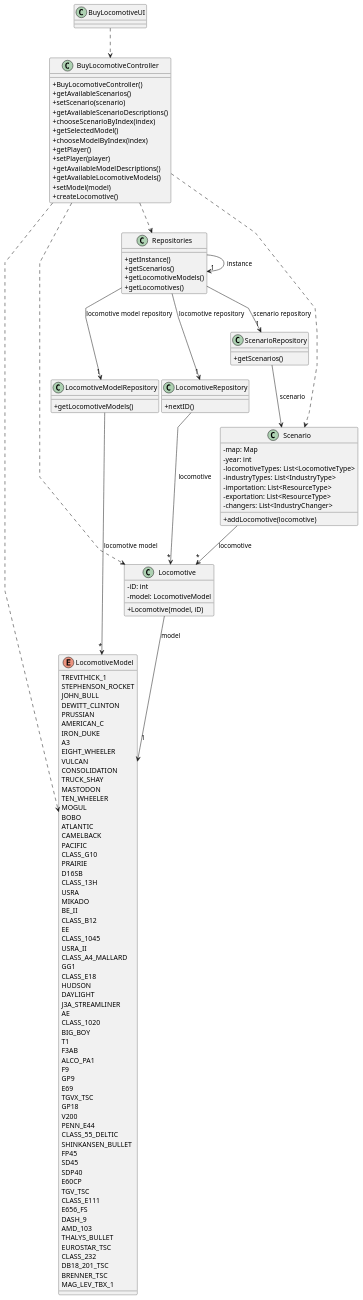
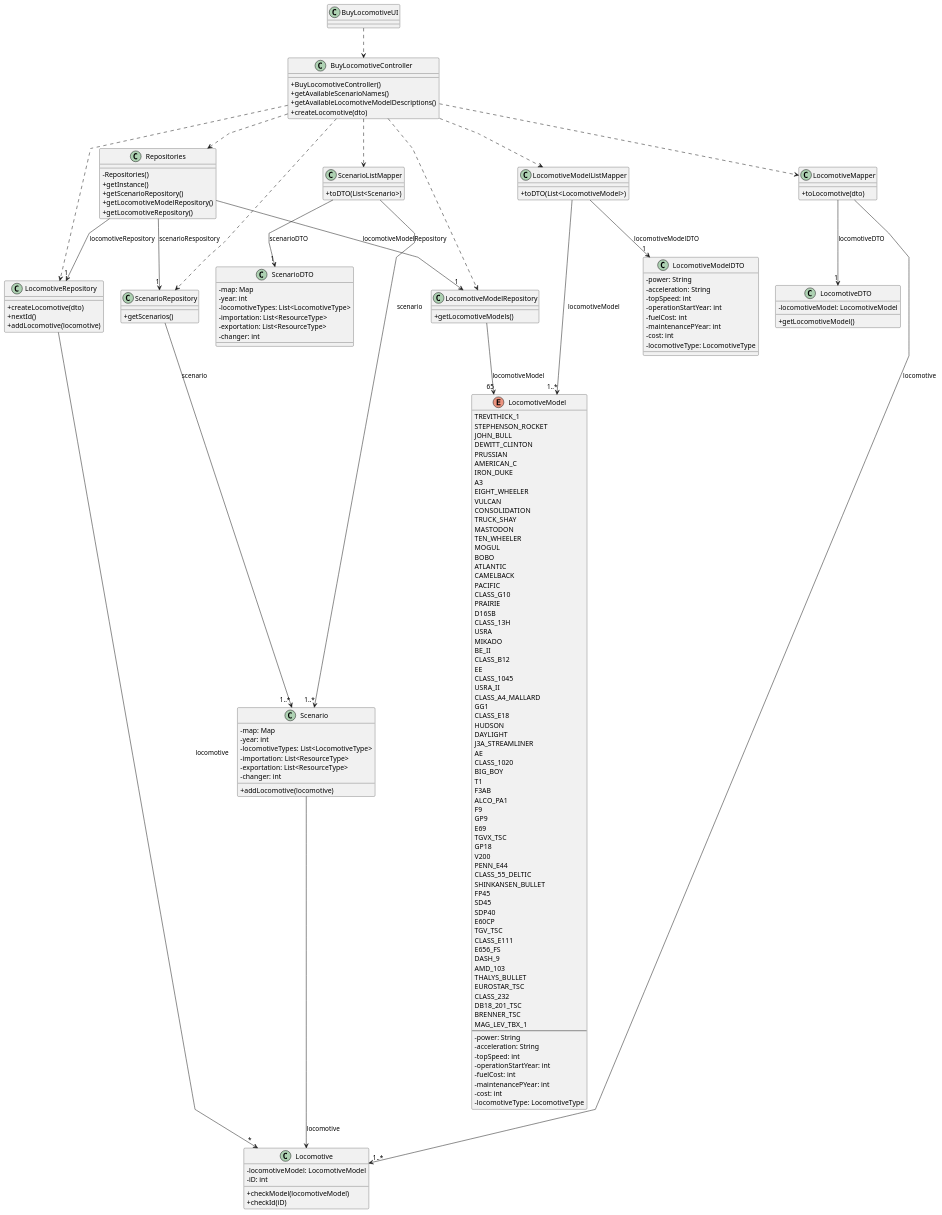
One commit to 1240935/pi2-railway-simulator changed the diagram in Sprint3/US009/03.design/puml/US009-CD.puml. Above: the diagram before and after it, drawn with PlantUML. The commit also changed 3 other files, not shown here.

```diff
--- a/Sprint3/US009/03.design/puml/US009-CD.puml
+++ b/Sprint3/US009/03.design/puml/US009-CD.puml
@@ -1,155 +1,200 @@
 @startuml
 'skinparam monochrome true
 skinparam packageStyle rectangle
 skinparam shadowing false
 skinparam linetype polyline
 'skinparam linetype orto
 
 skinparam classAttributeIconSize 0
 
 'left to right direction
 
-class BuyLocomotiveUI{
-}
-
+class BuyLocomotiveUI
 class BuyLocomotiveController {
-  + BuyLocomotiveController()
-  + getAvailableScenarios()
-  + setScenario(scenario)
-  + getAvailableScenarioDescriptions()
-  + chooseScenarioByIndex(index)
-  + getSelectedModel()
-  + chooseModelByIndex(index)
-  + getPlayer()
-  + setPlayer(player)
-  + getAvailableModelDescriptions()
-  + getAvailableLocomotiveModels()
-  + setModel(model)
-  + createLocomotive()
+    +BuyLocomotiveController()
+    +getAvailableScenarioNames()
+    +getAvailableLocomotiveModelDescriptions()
+    +createLocomotive(dto)
 }
 
 class Repositories {
-  + getInstance()
-  + getScenarios()
-  + getLocomotiveModels()
-  + getLocomotives()
+    -Repositories()
+    +getInstance()
+    +getScenarioRepository()
+    +getLocomotiveModelRepository()
+    +getLocomotiveRepository()
 }
 
 class ScenarioRepository {
-  + getScenarios()
+    +getScenarios()
 }
 
 class LocomotiveModelRepository {
-  + getLocomotiveModels()
+    +getLocomotiveModels()
 }
 
 class LocomotiveRepository {
-  + nextID()
+    +createLocomotive(dto)
+    +nextId()
+    +addLocomotive(locomotive)
 }
 
 class Scenario {
-       -map: Map
-       -year: int
-       -locomotiveTypes: List<LocomotiveType>
-       -industryTypes: List<IndustryType>
-       -importation: List<ResourceType>
-       -exportation: List<ResourceType>
-       -changers: List<IndustryChanger>
-       +addLocomotive(locomotive)
- }
+    - map: Map
+        - year: int
+        - locomotiveTypes: List<LocomotiveType>
+        - importation: List<ResourceType>
+        - exportation: List<ResourceType>
+        - changer: int
+    +addLocomotive(locomotive)
+}
 
 enum LocomotiveModel{
-    TREVITHICK_1
-    STEPHENSON_ROCKET
-    JOHN_BULL
-    DEWITT_CLINTON
-    PRUSSIAN
-    AMERICAN_C
-    IRON_DUKE
-    A3
-    EIGHT_WHEELER
-    VULCAN
-    CONSOLIDATION
-    TRUCK_SHAY
-    MASTODON
-    TEN_WHEELER
-    MOGUL
-    BOBO
-    ATLANTIC
-    CAMELBACK
-    PACIFIC
-    CLASS_G10
-    PRAIRIE
-    D16SB
-    CLASS_13H
-    USRA
-    MIKADO
-    BE_II
-    CLASS_B12
-    EE
-    CLASS_1045
-    USRA_II
-    CLASS_A4_MALLARD
-    GG1
-    CLASS_E18
-    HUDSON
-    DAYLIGHT
-    J3A_STREAMLINER
-    AE
-    CLASS_1020
-    BIG_BOY
-    T1
-    F3AB
-    ALCO_PA1
-    F9
-    GP9
-    E69
-    TGVX_TSC
-    GP18
-    V200
-    PENN_E44
-    CLASS_55_DELTIC
-    SHINKANSEN_BULLET
-    FP45
-    SD45
-    SDP40
-    E60CP
-    TGV_TSC
-    CLASS_E111
-    E656_FS
-    DASH_9
-    AMD_103
-    THALYS_BULLET
-    EUROSTAR_TSC
-    CLASS_232
-    DB18_201_TSC
-    BRENNER_TSC
-    MAG_LEV_TBX_1
-
+   TREVITHICK_1
+   STEPHENSON_ROCKET
+   JOHN_BULL
+   DEWITT_CLINTON
+   PRUSSIAN
+   AMERICAN_C
+   IRON_DUKE
+   A3
+   EIGHT_WHEELER
+   VULCAN
+   CONSOLIDATION
+   TRUCK_SHAY
+   MASTODON
+   TEN_WHEELER
+   MOGUL
+   BOBO
+   ATLANTIC
+   CAMELBACK
+   PACIFIC
+   CLASS_G10
+   PRAIRIE
+   D16SB
+   CLASS_13H
+   USRA
+   MIKADO
+   BE_II
+   CLASS_B12
+   EE
+   CLASS_1045
+   USRA_II
+   CLASS_A4_MALLARD
+   GG1
+   CLASS_E18
+   HUDSON
+   DAYLIGHT
+   J3A_STREAMLINER
+   AE
+   CLASS_1020
+   BIG_BOY
+   T1
+   F3AB
+   ALCO_PA1
+   F9
+   GP9
+   E69
+   TGVX_TSC
+   GP18
+   V200
+   PENN_E44
+   CLASS_55_DELTIC
+   SHINKANSEN_BULLET
+   FP45
+   SD45
+   SDP40
+   E60CP
+   TGV_TSC
+   CLASS_E111
+   E656_FS
+   DASH_9
+   AMD_103
+   THALYS_BULLET
+   EUROSTAR_TSC
+   CLASS_232
+   DB18_201_TSC
+   BRENNER_TSC
+   MAG_LEV_TBX_1
+   --
+   - power: String
+   - acceleration: String
+   -topSpeed: int
+   -operationStartYear: int
+   -fuelCost: int
+   -maintenancePYear: int
+   -cost: int
+   -locomotiveType: LocomotiveType
 }
 
 class Locomotive {
-  - iD: int
-  - model: LocomotiveModel
-  + Locomotive(model, iD)
+    -locomotiveModel: LocomotiveModel
+    -iD: int
+    +checkModel(locomotiveModel)
+    +checkId(iD)
+}
+
+class ScenarioDTO{
+ - map: Map
+            - year: int
+            - locomotiveTypes: List<LocomotiveType>
+            - importation: List<ResourceType>
+            - exportation: List<ResourceType>
+            - changer: int
+}
+
+class LocomotiveModelDTO{
+    - power: String
+   - acceleration: String
+   -topSpeed: int
+   -operationStartYear: int
+   -fuelCost: int
+   -maintenancePYear: int
+   -cost: int
+   -locomotiveType: LocomotiveType
+}
+
+class LocomotiveDTO {
+    -locomotiveModel: LocomotiveModel
+    +getLocomotiveModel()
+}
+
+class ScenarioListMapper {
+    +toDTO(List<Scenario>)
+}
+
+class LocomotiveModelListMapper {
+    +toDTO(List<LocomotiveModel>)
+}
+
+class LocomotiveMapper {
+    +toLocomotive(dto)
 }
 
 BuyLocomotiveUI ..> BuyLocomotiveController
-BuyLocomotiveController ..> Scenario
-BuyLocomotiveController ..> LocomotiveModel
-BuyLocomotiveController ..> Locomotive
+
 BuyLocomotiveController ..> Repositories
+BuyLocomotiveController ..> ScenarioListMapper
+BuyLocomotiveController ..> LocomotiveModelListMapper
+BuyLocomotiveController ..> LocomotiveMapper
+BuyLocomotiveController ..> ScenarioRepository
+BuyLocomotiveController ..> LocomotiveModelRepository
+BuyLocomotiveController ..> LocomotiveRepository
 
-Repositories -> "1" Repositories : instance
-Repositories --> "1" ScenarioRepository : scenario repository
-Repositories --> "1" LocomotiveModelRepository : locomotive model repository
-Repositories --> "1" LocomotiveRepository : locomotive repository
-ScenarioRepository --> Scenario : scenario
+Repositories --> "1" ScenarioRepository: scenarioRespository
+Repositories --> "1" LocomotiveModelRepository: locomotiveModelRepository
+Repositories --> "1" LocomotiveRepository: locomotiveRepository
 
-Scenario --> "*" Locomotive: locomotive
-LocomotiveModelRepository --> "*" LocomotiveModel : locomotive model
+ScenarioRepository --> "1..*" Scenario: scenario
+LocomotiveModelRepository --> "65" LocomotiveModel: locomotiveModel
 LocomotiveRepository --> "*" Locomotive: locomotive
-Locomotive --> "1" LocomotiveModel: model
 
+ScenarioListMapper --> "1" ScenarioDTO: scenarioDTO
+ScenarioListMapper --> "1..*" Scenario: scenario
+LocomotiveModelListMapper --> "1" LocomotiveModelDTO: locomotiveModelDTO
+LocomotiveModelListMapper --> "1..*" LocomotiveModel: locomotiveModel
+LocomotiveMapper --> "1" LocomotiveDTO: locomotiveDTO
+LocomotiveMapper --> "1..*" Locomotive: locomotive
 
+Scenario --> Locomotive: locomotive
 @enduml
```
